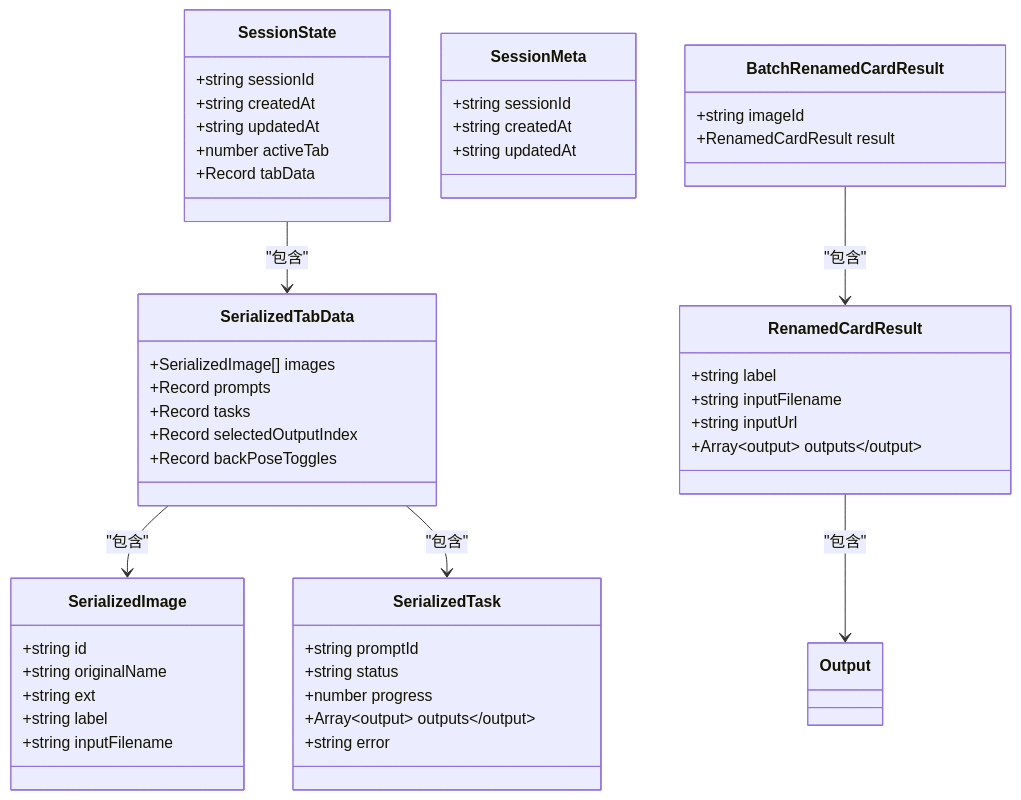
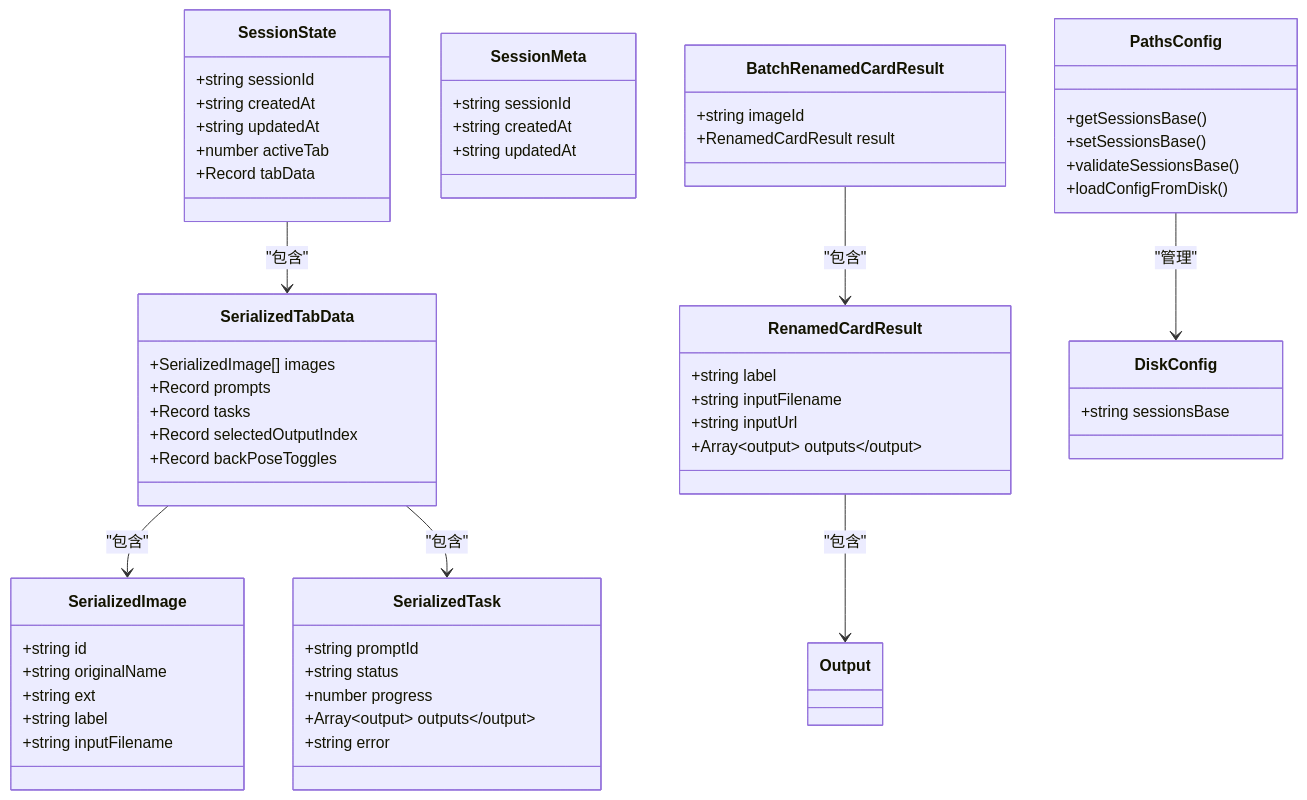
The fourth of 5 diagrams in .qoder/repowiki/zh/content/后端服务/会话管理服务.md (billye220670/CorineKit_Pix2Real), drawn with Mermaid before and after one commit. The commit also changed other lines of this file and 13 other files, not shown here.

````diff
--- a/.qoder/repowiki/zh/content/后端服务/会话管理服务.md
+++ b/.qoder/repowiki/zh/content/后端服务/会话管理服务.md
@@ -284,51 +346,61 @@
 ```mermaid
 classDiagram
 class SessionState {
 +string sessionId
 +string createdAt
 +string updatedAt
 +number activeTab
 +Record<number, SerializedTabData> tabData
 }
 class SerializedTabData {
 +SerializedImage[] images
 +Record<string, string> prompts
 +Record<string, SerializedTask> tasks
 +Record<string, number> selectedOutputIndex
 +Record<string, boolean> backPoseToggles
 }
 class SerializedImage {
 +string id
 +string originalName
 +string ext
 +string label
 +string inputFilename
 }
 class SerializedTask {
 +string promptId
 +string status
 +number progress
 +Array<Output> outputs
 +string error
 }
 class SessionMeta {
 +string sessionId
 +string createdAt
 +string updatedAt
 }
 class RenamedCardResult {
 +string label
 +string inputFilename
 +string inputUrl
 +Array<Output> outputs
 }
 class BatchRenamedCardResult {
 +string imageId
 +RenamedCardResult result
 }
+class DiskConfig {
++string sessionsBase
+}
+class PathsConfig {
++getSessionsBase()
++setSessionsBase()
++validateSessionsBase()
++loadConfigFromDisk()
+}
 SessionState --> SerializedTabData : "包含"
 SerializedTabData --> SerializedImage : "包含"
 SerializedTabData --> SerializedTask : "包含"
 RenamedCardResult --> Output : "包含"
 BatchRenamedCardResult --> RenamedCardResult : "包含"
+PathsConfig --> DiskConfig : "管理"
 ```
````
